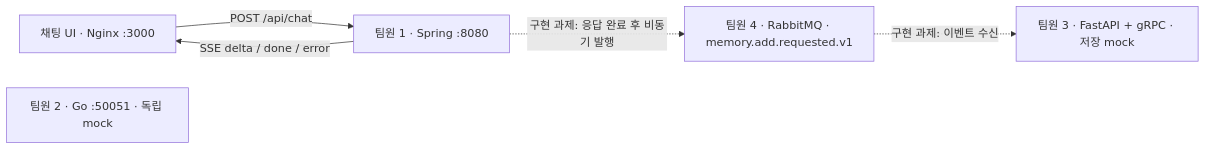
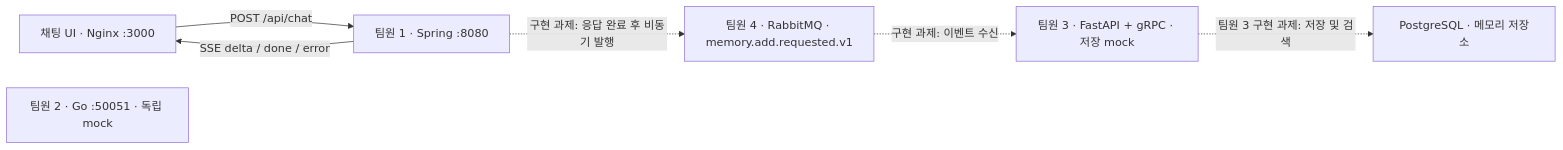
One commit to gdg-yonsei/gdg-5th-be changed the diagram in team-project/README.md. Above: the diagram before and after it, drawn with Mermaid. The commit also changed other lines of this file and 7 other files, not shown here.

````diff
--- a/team-project/README.md
+++ b/team-project/README.md
@@ -5,8 +5,9 @@
 ```mermaid
 flowchart LR
     UI[채팅 UI · Nginx :3000] -->|POST /api/chat| API[팀원 1 · Spring :8080]
     LLM[팀원 2 · Go :50051 · 독립 mock]
     API -.->|구현 과제: 응답 완료 후 비동기 발행| MQ[팀원 4 · RabbitMQ · memory.add.requested.v1]
     MQ -.->|구현 과제: 이벤트 수신| RAG[팀원 3 · FastAPI + gRPC · 저장 mock]
+    RAG -.->|팀원 3 구현 과제: 저장 및 검색| DB[PostgreSQL · 메모리 저장소]
     API -->|SSE delta / done / error| UI
 ```
````
